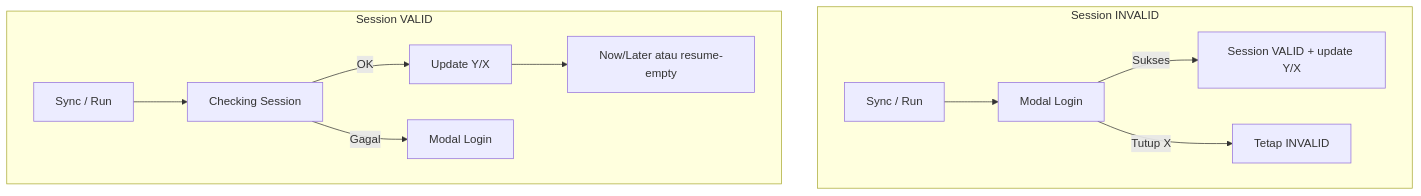
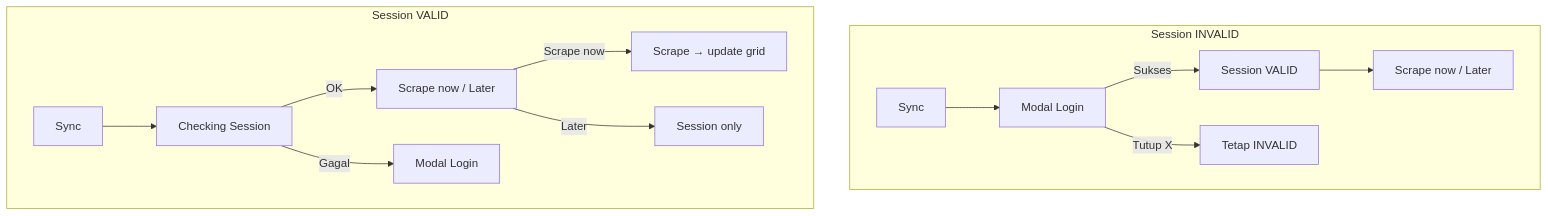
Before and after one commit to SevaIrawan/bo_resource_management: the first of 2 diagrams in docs/PROJECT-MASTER-REFERENCE.md, drawn with Mermaid. The commit also changed other lines of this file and 44 other files, not shown here.

````diff
--- a/docs/PROJECT-MASTER-REFERENCE.md
+++ b/docs/PROJECT-MASTER-REFERENCE.md
@@ -822,15 +780,17 @@
 ```mermaid
 flowchart TD
   subgraph invalid [Session INVALID]
-    S1[Sync / Run] --> L[Modal Login]
-    L -->|Sukses| V[Session VALID + update Y/X]
+    S1[Sync] --> L[Modal Login]
+    L -->|Sukses| V[Session VALID]
+    V --> M1[Scrape now / Later]
     L -->|Tutup X| I[Tetap INVALID]
   end
 
   subgraph valid [Session VALID]
-    S2[Sync / Run] --> C[Checking Session]
-    C -->|OK| U[Update Y/X]
+    S2[Sync] --> C[Checking Session]
+    C -->|OK| M2[Scrape now / Later]
     C -->|Gagal| L2[Modal Login]
-    U --> M[Now/Later atau resume-empty]
+    M2 -->|Scrape now| SC[Scrape → update grid]
+    M2 -->|Later| SO[Session only]
   end
 ```
````
